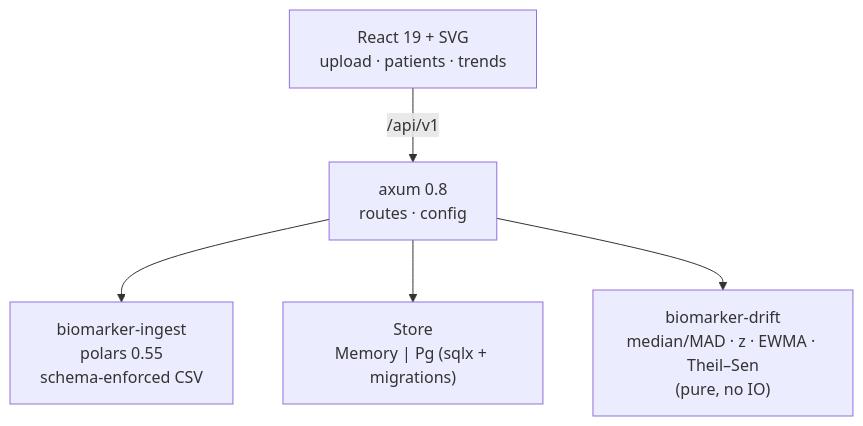
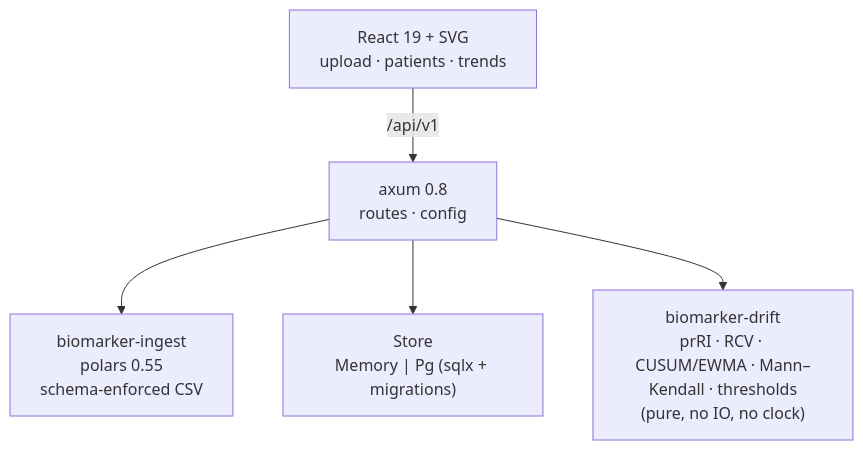
One commit to akarales/biomarker-trend-analyzer changed the diagram in README.md. Above: the diagram before and after it, drawn with Mermaid. The commit also changed other lines of this file and 45 other files, not shown here.

````diff
--- a/README.md
+++ b/README.md
@@ -43,7 +52,7 @@
 ```mermaid
 flowchart TD
     FE["React 19 + SVG<br/>upload · patients · trends"] -->|"/api/v1"| API["axum 0.8<br/>routes · config"]
     API --> ING["biomarker-ingest<br/>polars 0.55<br/>schema-enforced CSV"]
     API --> ST["Store<br/>Memory | Pg (sqlx + migrations)"]
-    API --> DRIFT["biomarker-drift<br/>median/MAD · z · EWMA · Theil–Sen<br/>(pure, no IO)"]
+    API --> DRIFT["biomarker-drift<br/>prRI · RCV · CUSUM/EWMA · Mann–Kendall · thresholds<br/>(pure, no IO, no clock)"]
 ```
````
